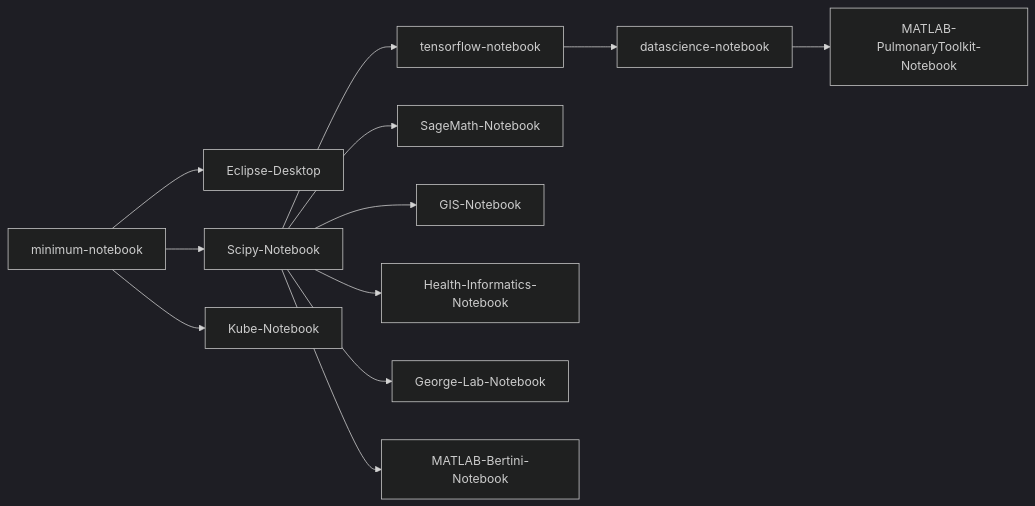
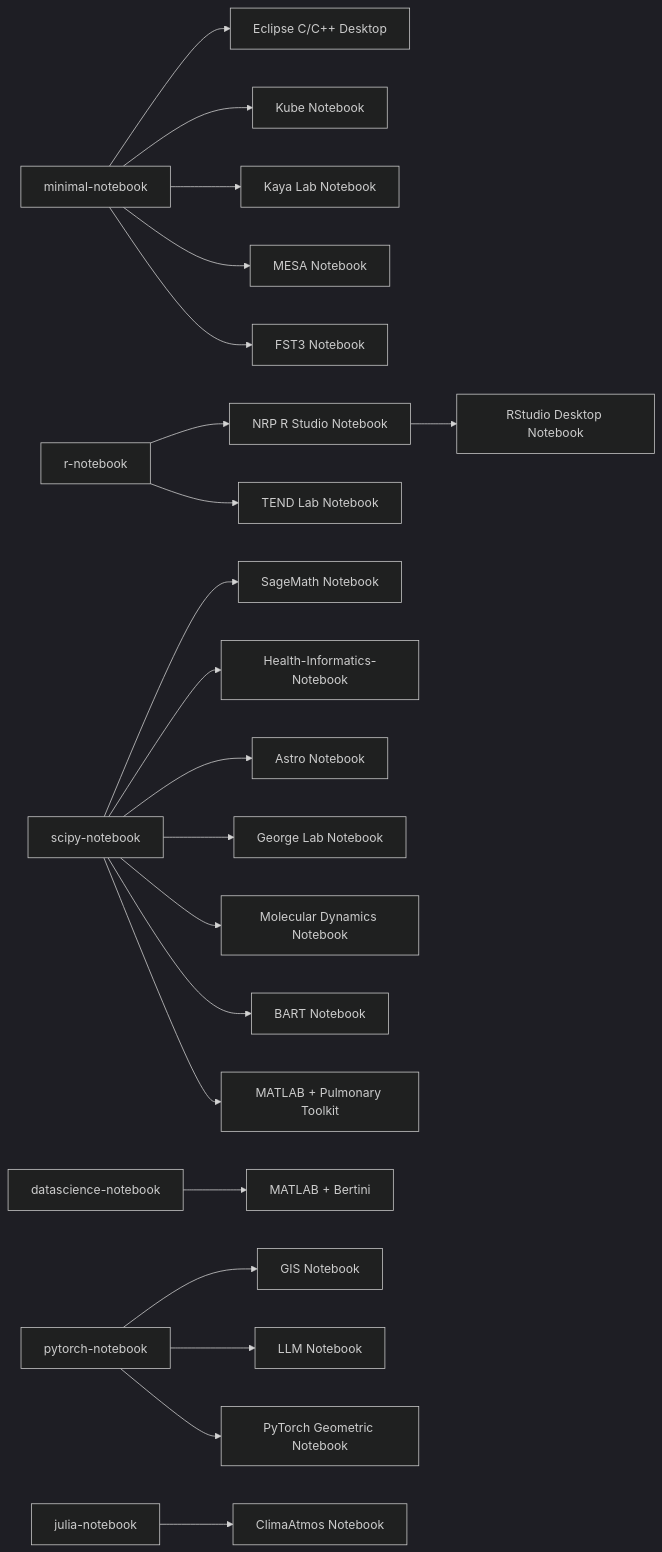
One commit to kkrick-sdsu/csu-tide.github.io changed the second of 2 diagrams in docs/jupyterhub/availableimages-research.md. Above: the diagram before and after it, drawn with Mermaid (dark theme). The commit also changed other lines of this file, not shown here.

Commit message:
Finished image updates

````diff
--- a/docs/jupyterhub/availableimages-research.md
+++ b/docs/jupyterhub/availableimages-research.md
@@ -72,12 +75,63 @@
 ```mermaid
 graph LR;
-    A[minimum-notebook]-->B[Eclipse-Desktop];
-    A-->C[Scipy-Notebook]-->J[tensorflow-notebook]-->K[datascience-notebook];
-    C-->D[SageMath-Notebook];
-    A-->F[Kube-Notebook];
-    C-->E[GIS-Notebook];
-    C-->G[Health-Informatics-Notebook];
-    C-->H[George-Lab-Notebook]
-    C-->L[MATLAB-Bertini-Notebook]
-    K-->I[MATLAB-PulmonaryToolkit-Notebook]
+
+%% Base images
+A[minimal-notebook]
+B[r-notebook]
+C[scipy-notebook]
+D[pytorch-notebook]
+E[julia-notebook]
+F[datascience-notebook]
+
+%% Derived notebooks
+A --> eclipse-notebook
+A --> kube-notebook
+A --> kaya-notebook
+A --> mesa-notebook
+A --> fst3-notebook
+
+B --> r-studio
+B --> tend-lab-notebook
+
+r-studio --> rstudio-desktop-notebook
+
+C --> sagemath-notebook
+C --> health-informatics-notebook
+C --> astro-notebook
+C --> georgelab-notebook
+C --> molecular-dynamics-notebook
+C --> bart-notebook
+C --> matlab-pulmonary
+
+F --> matlab-bertini
+
+D --> gis-notebook
+D --> llm-notebook
+D --> torch-geometric-notebook
+
+E --> climaatmos-notebook
+
+%% Aliases for MATLAB custom images
+matlab-pulmonary[MATLAB + Pulmonary Toolkit]
+matlab-bertini[MATLAB + Bertini]
+
+%% Aliases for names with hyphens not ideal as node IDs
+r-studio[NRP R Studio Notebook]
+rstudio-desktop-notebook[RStudio Desktop Notebook]
+eclipse-notebook[Eclipse C/C++ Desktop]
+kube-notebook[Kube Notebook]
+sagemath-notebook[SageMath Notebook]
+gis-notebook[GIS Notebook]
+health-informatics-notebook[Health-Informatics-Notebook]
+astro-notebook[Astro Notebook]
+llm-notebook[LLM Notebook]
+georgelab-notebook[George Lab Notebook]
+kaya-notebook[Kaya Lab Notebook]
+mesa-notebook[MESA Notebook]
+torch-geometric-notebook[PyTorch Geometric Notebook]
+fst3-notebook[FST3 Notebook]
+climaatmos-notebook[ClimaAtmos Notebook]
+molecular-dynamics-notebook[Molecular Dynamics Notebook]
+tend-lab-notebook[TEND Lab Notebook]
+bart-notebook[BART Notebook]
 ```
````
